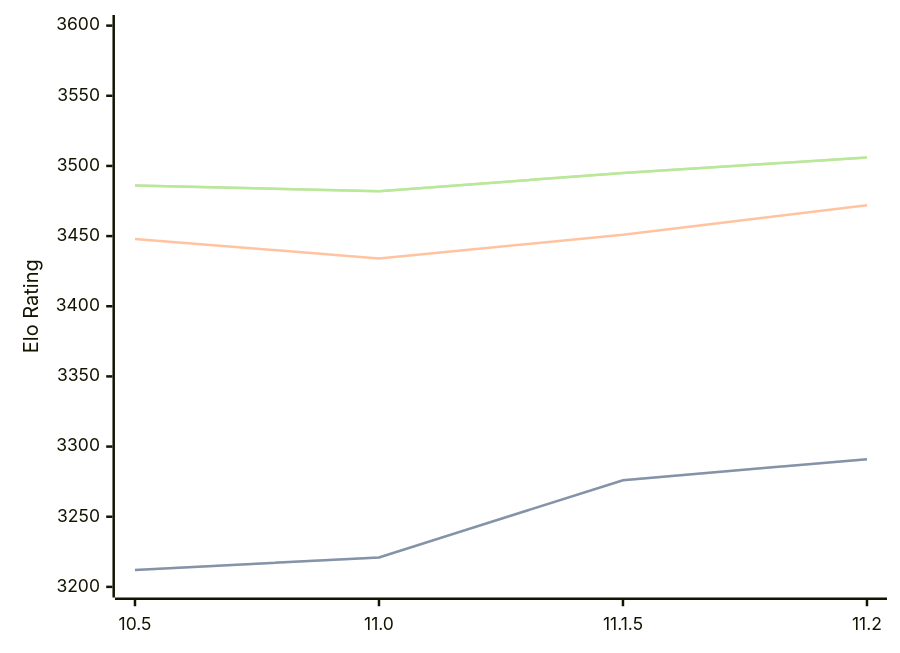
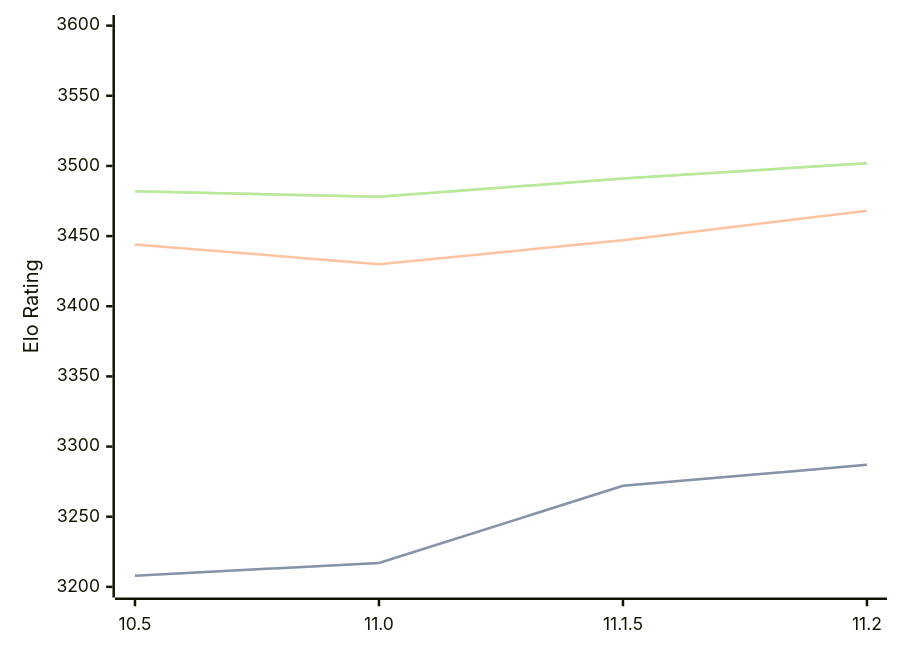
One commit to computer-chess-index/cci changed the first of 3 diagrams in engines/Lizard.md. Above: the diagram before and after it, drawn with Mermaid. The commit also changed other lines of this file, not shown here.

Commit message:
Update CCI Ratings (ELO VLTC) - 2026-07-16

````diff
--- a/engines/Lizard.md
+++ b/engines/Lizard.md
@@ -46,11 +46,11 @@
 ```mermaid
 %%{init: {"theme":"base","themeVariables":{"seriesColors:['#a3a3a3','#222221','#faa371']}}}%%
 xychart-beta
   x-axis ["10.5", "11.0", "11.1.5", "11.2"]
   y-axis "Elo Rating" 3200 --> 3600
-  line "STC (8.0+0.08s)" [3212, 3221, 3276, 3291]
-  line "STC (8.0+0.08s)" [3212, 3221, 3276, 3291]
-  line "LTC (60.0+0.60s)" [3448, 3434, 3451, 3472]
-  line "VLTC (2m24s+1.12s)" [3486, 3482, 3495, 3506]
-  line "VLTC (2m24s+1.12s)" [3486, 3482, 3495, 3506]
+  line "STC (8.0+0.08s)" [3208, 3217, 3272, 3287]
+  line "STC (8.0+0.08s)" [3208, 3217, 3272, 3287]
+  line "LTC (60.0+0.60s)" [3444, 3430, 3447, 3468]
+  line "VLTC (2m24s+1.12s)" [3482, 3478, 3491, 3502]
+  line "VLTC (2m24s+1.12s)" [3482, 3478, 3491, 3502]
 ```
````
